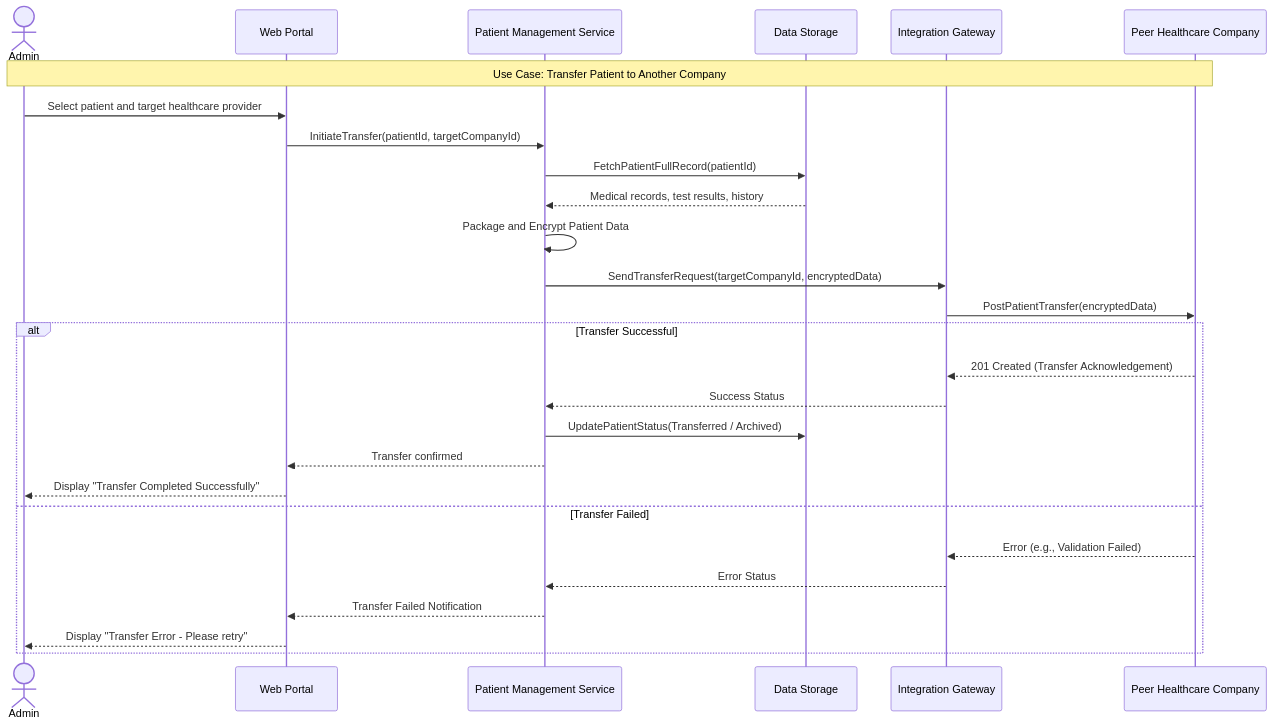
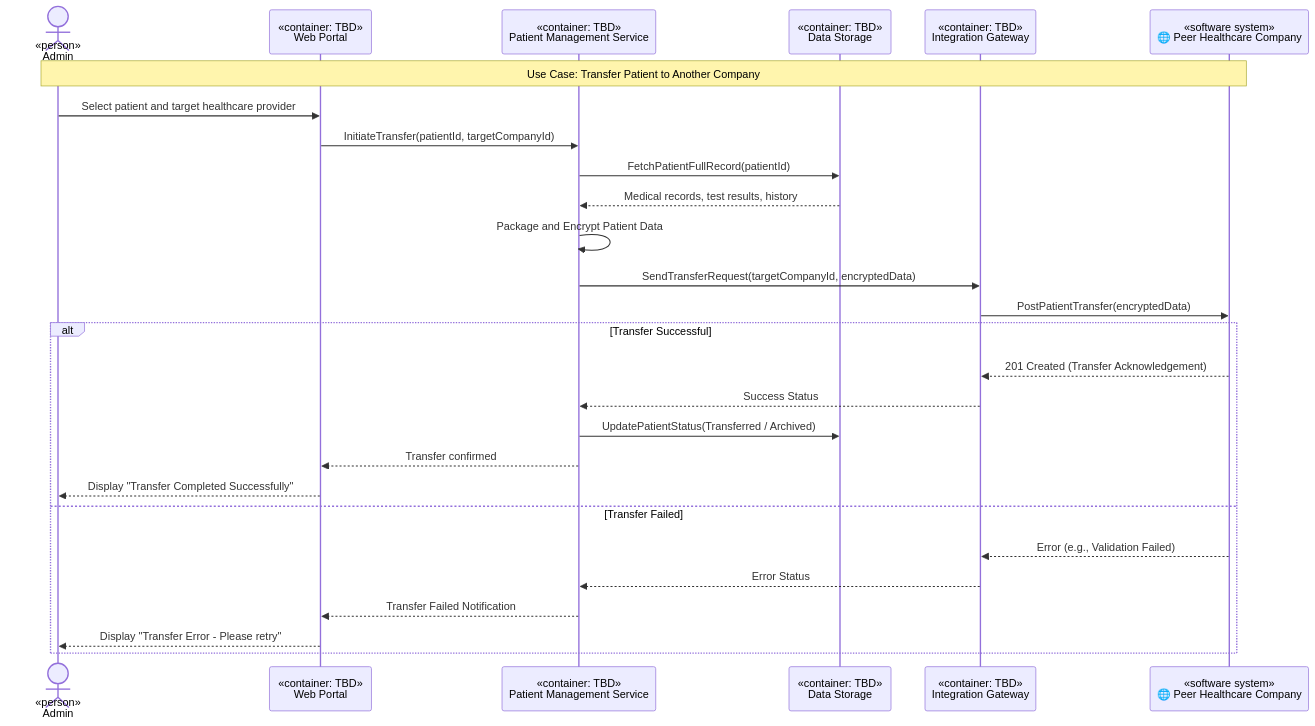
The eighth of 8 diagrams in docs/ard-v2.1.md (iugori/pulse-patrol), drawn with Mermaid before and after one commit. The commit also changed other lines of this file, not shown here.

````diff
--- a/docs/ard-v2.1.md
+++ b/docs/ard-v2.1.md
@@ -449,30 +450,30 @@
 ```mermaid
 sequenceDiagram
-    actor Admin as Admin
-    participant Portal as Web Portal
-    participant PMS as Patient Management Service
-    participant Storage as Data Storage
-    participant Gateway as Integration Gateway
-    participant Peer as Peer Healthcare Company
+    actor Admin as «person»<br/>Admin<br/>
+    participant Portal as «container: TBD»<br/>Web Portal
+    participant PMS as «container: TBD»<br/>Patient Management Service
+    participant Storage as «container: TBD»<br/>Data Storage
+    participant Gateway as «container: TBD»<br/>Integration Gateway
+    participant Peer as «software system»<br/>🌐 Peer Healthcare Company
     Note over Admin, Peer: Use Case: Transfer Patient to Another Company
     Admin ->> Portal: Select patient and target healthcare provider
     Portal ->> PMS: InitiateTransfer(patientId, targetCompanyId)
     PMS ->> Storage: FetchPatientFullRecord(patientId)
     Storage -->> PMS: Medical records, test results, history
     PMS ->> PMS: Package and Encrypt Patient Data
     PMS ->> Gateway: SendTransferRequest(targetCompanyId, encryptedData)
     Gateway ->> Peer: PostPatientTransfer(encryptedData)
 
     alt Transfer Successful
         Peer -->> Gateway: 201 Created (Transfer Acknowledgement)
         Gateway -->> PMS: Success Status
         PMS ->> Storage: UpdatePatientStatus(Transferred / Archived)
         PMS -->> Portal: Transfer confirmed
         Portal -->> Admin: Display "Transfer Completed Successfully"
     else Transfer Failed
         Peer -->> Gateway: Error (e.g., Validation Failed)
         Gateway -->> PMS: Error Status
         PMS -->> Portal: Transfer Failed Notification
         Portal -->> Admin: Display "Transfer Error - Please retry"
     end
 ```
````
